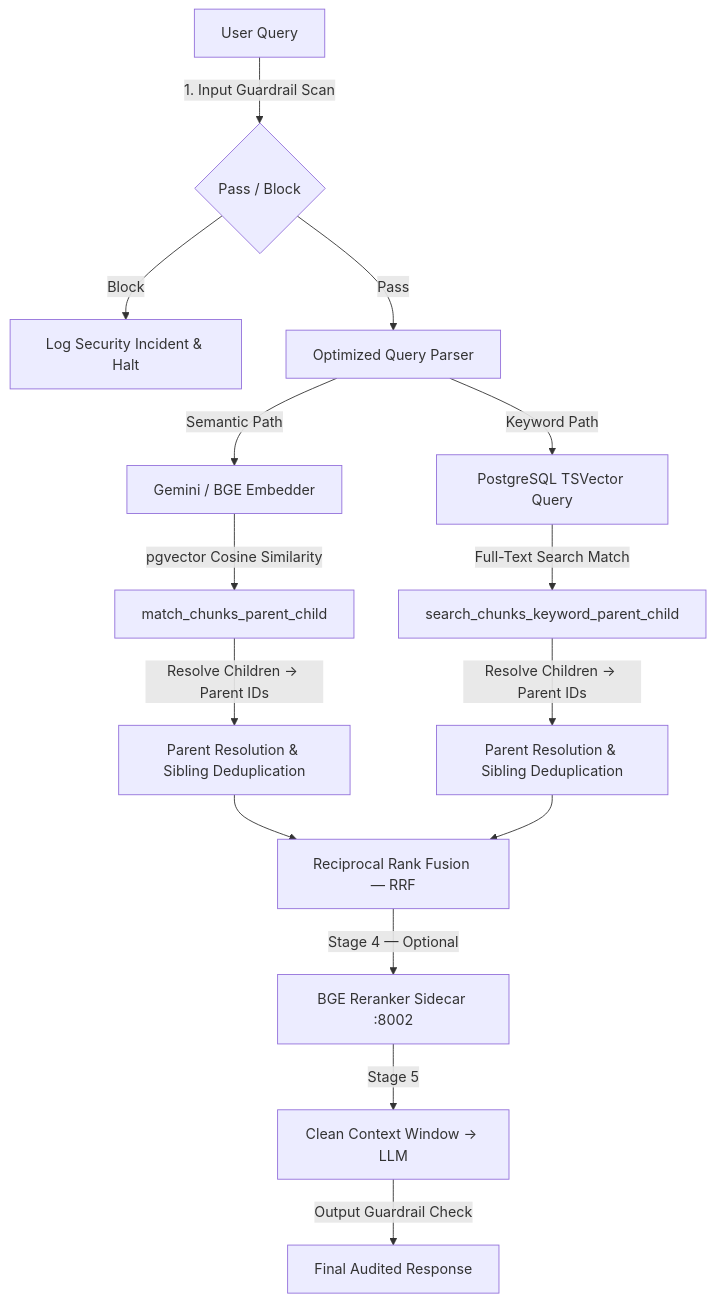
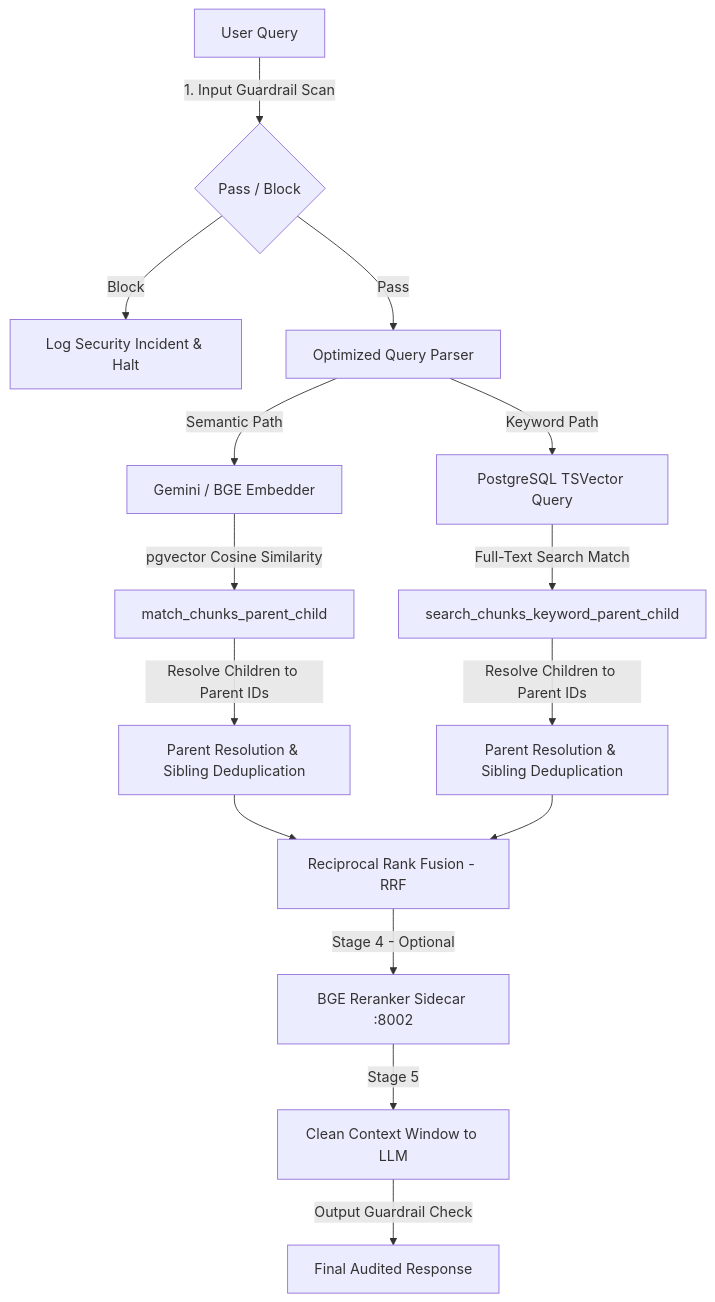
One commit to HithaishiSP2004/AegisRag changed the diagram in README.md. Above: the diagram before and after it, drawn with Mermaid. The commit also changed other lines of this file, not shown here.

Commit message:
docs: clean up README - remove casual emojis, use professional plain-text headers

````diff
--- a/README.md
+++ b/README.md
@@ -82,22 +82,22 @@
 ```mermaid
 graph TD
     A[User Query] -->|1. Input Guardrail Scan| B{Pass / Block}
     B -->|Block| C[Log Security Incident & Halt]
     B -->|Pass| D[Optimized Query Parser]
 
     D -->|Semantic Path| E[Gemini / BGE Embedder]
     D -->|Keyword Path| F[PostgreSQL TSVector Query]
 
     E -->|pgvector Cosine Similarity| G[match_chunks_parent_child]
     F -->|Full-Text Search Match| H[search_chunks_keyword_parent_child]
 
-    G -->|Resolve Children → Parent IDs| I[Parent Resolution & Sibling Deduplication]
-    H -->|Resolve Children → Parent IDs| J[Parent Resolution & Sibling Deduplication]
+    G -->|Resolve Children to Parent IDs| I[Parent Resolution & Sibling Deduplication]
+    H -->|Resolve Children to Parent IDs| J[Parent Resolution & Sibling Deduplication]
 
-    I --> K[Reciprocal Rank Fusion — RRF]
+    I --> K[Reciprocal Rank Fusion - RRF]
     J --> K
 
-    K -->|Stage 4 — Optional| L[BGE Reranker Sidecar :8002]
-    L -->|Stage 5| M[Clean Context Window → LLM]
+    K -->|Stage 4 - Optional| L[BGE Reranker Sidecar :8002]
+    L -->|Stage 5| M[Clean Context Window to LLM]
     M -->|Output Guardrail Check| N[Final Audited Response]
 ```
````
